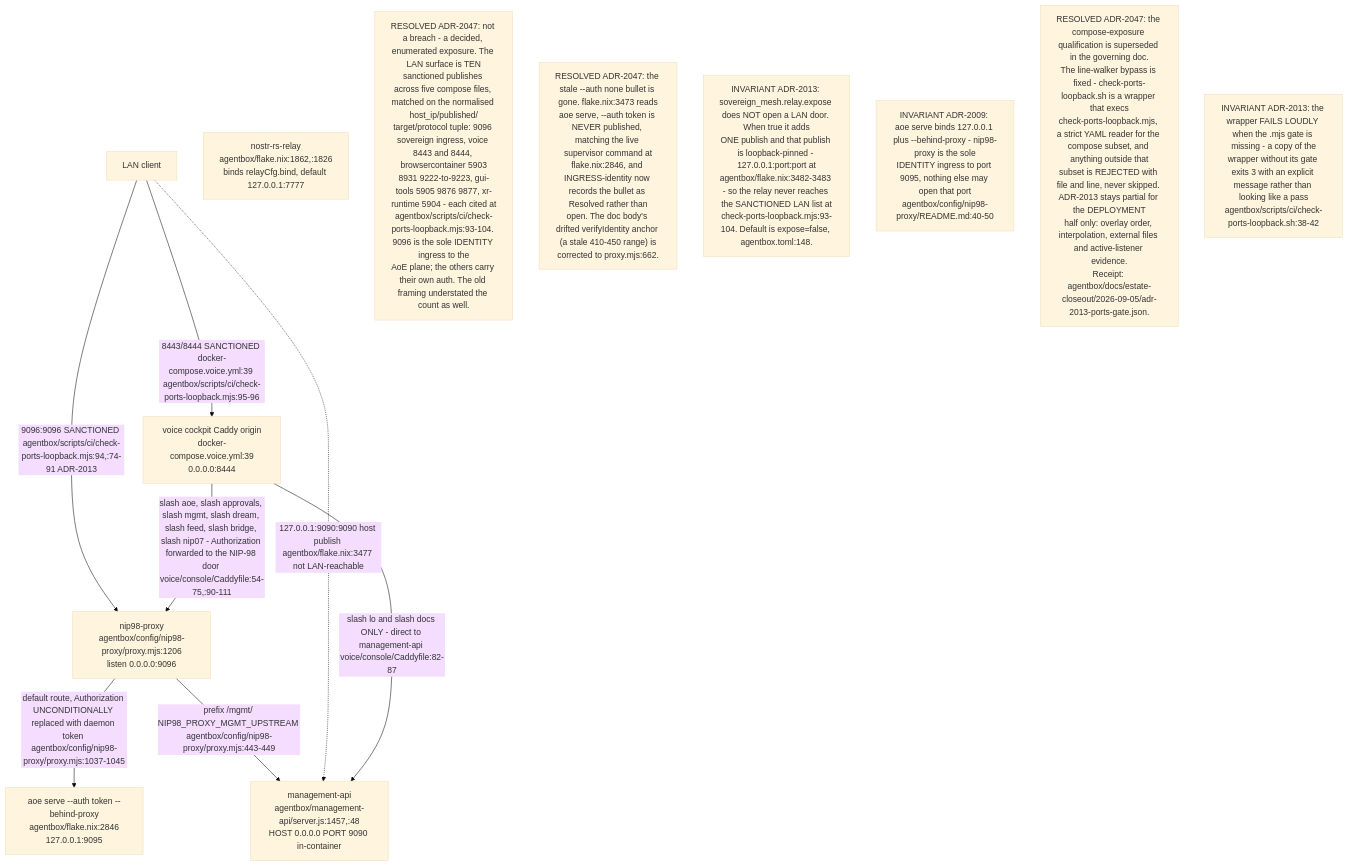
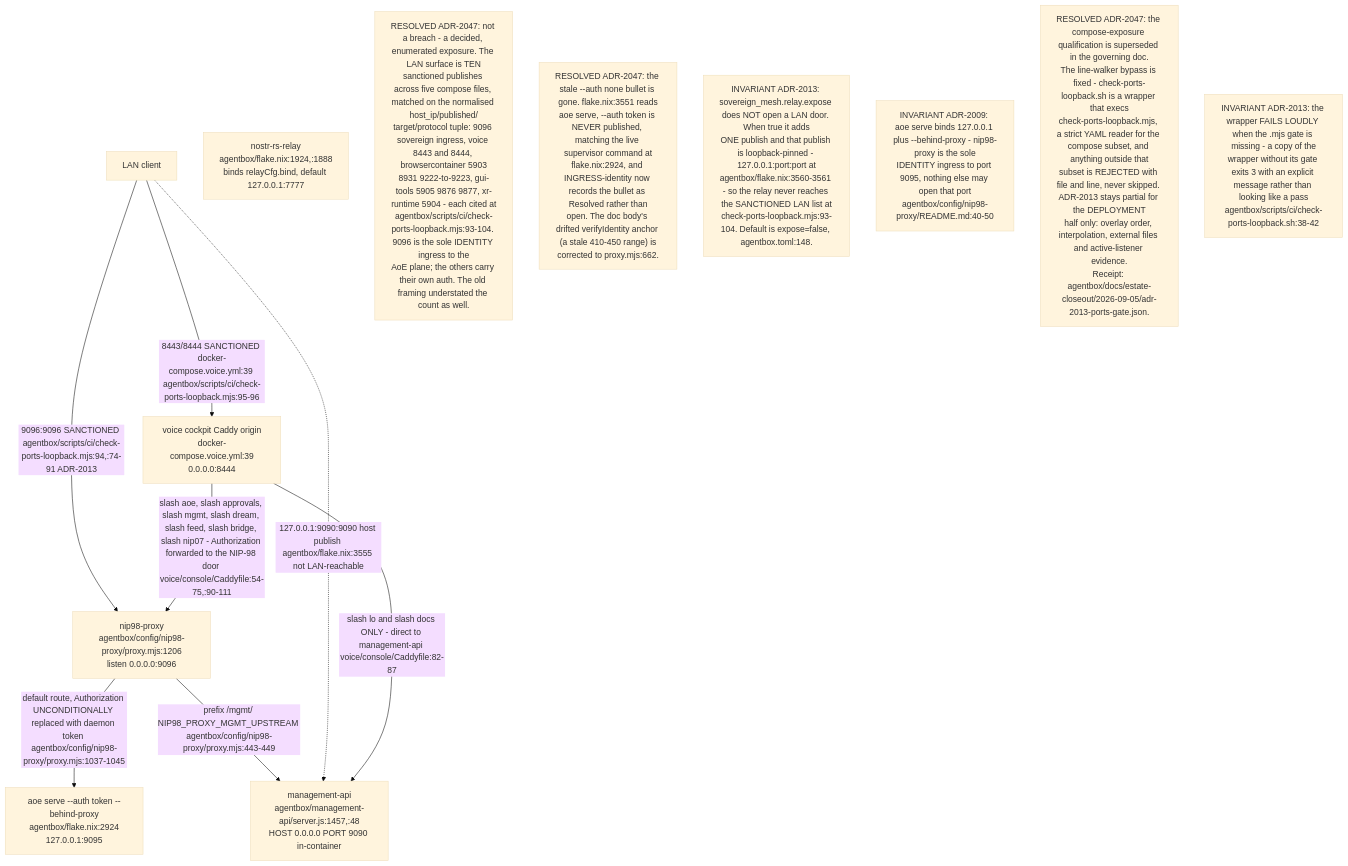
One commit to DreamLab-AI/VisionFlow changed the first of 13 diagrams in docs/diagrams/agentbox/10-ingress-nip98-proxy-and-aoe.md. Above: the diagram before and after it, drawn with Mermaid (base theme). The commit also changed other lines of this file and 160 other files, not shown here.

````diff
--- a/docs/diagrams/agentbox/10-ingress-nip98-proxy-and-aoe.md
+++ b/docs/diagrams/agentbox/10-ingress-nip98-proxy-and-aoe.md
@@ -38,24 +39,24 @@
 ```mermaid
 flowchart TB
     LAN["LAN client"]
     P9096["nip98-proxy<br/>agentbox/config/nip98-proxy/proxy.mjs:1206<br/>listen 0.0.0.0:9096"]
-    AOE9095["aoe serve --auth token --behind-proxy<br/>agentbox/flake.nix:2846<br/>127.0.0.1:9095"]
+    AOE9095["aoe serve --auth token --behind-proxy<br/>agentbox/flake.nix:2924<br/>127.0.0.1:9095"]
     MGMT9090["management-api<br/>agentbox/management-api/server.js:1457,:48<br/>HOST 0.0.0.0 PORT 9090 in-container"]
-    RELAY7777["nostr-rs-relay<br/>agentbox/flake.nix:1862,:1826<br/>binds relayCfg.bind, default 127.0.0.1:7777"]
+    RELAY7777["nostr-rs-relay<br/>agentbox/flake.nix:1924,:1888<br/>binds relayCfg.bind, default 127.0.0.1:7777"]
     VOICE8444["voice cockpit Caddy origin<br/>docker-compose.voice.yml:39<br/>0.0.0.0:8444"]
 
     LAN -->|"9096:9096 SANCTIONED agentbox/scripts/ci/check-ports-loopback.mjs:94,:74-91 ADR-2013"| P9096
     P9096 -->|"default route, Authorization UNCONDITIONALLY replaced with daemon token agentbox/config/nip98-proxy/proxy.mjs:1037-1045"| AOE9095
     P9096 -->|"prefix /mgmt/ NIP98_PROXY_MGMT_UPSTREAM agentbox/config/nip98-proxy/proxy.mjs:443-449"| MGMT9090
-    LAN -.->|"127.0.0.1:9090:9090 host publish agentbox/flake.nix:3477 not LAN-reachable"| MGMT9090
+    LAN -.->|"127.0.0.1:9090:9090 host publish agentbox/flake.nix:3555 not LAN-reachable"| MGMT9090
     LAN -->|"8443/8444 SANCTIONED docker-compose.voice.yml:39 agentbox/scripts/ci/check-ports-loopback.mjs:95-96"| VOICE8444
     VOICE8444 -->|"slash lo and slash docs ONLY - direct to management-api voice/console/Caddyfile:82-87"| MGMT9090
     VOICE8444 -->|"slash aoe, slash approvals, slash mgmt, slash dream, slash feed, slash bridge, slash nip07 - Authorization forwarded to the NIP-98 door voice/console/Caddyfile:54-75,:90-111"| P9096
 
 N1["RESOLVED ADR-2047: not a breach - a decided, enumerated exposure. The LAN surface is TEN<br/>sanctioned publishes across five compose files, matched on the normalised host_ip/published/<br/>target/protocol tuple: 9096 sovereign ingress, voice 8443 and 8444, browsercontainer 5903<br/>8931 9222-to-9223, gui-tools 5905 9876 9877, xr-runtime 5904 - each cited at<br/>agentbox/scripts/ci/check-ports-loopback.mjs:93-104. 9096 is the sole IDENTITY ingress to the<br/>AoE plane; the others carry their own auth. The old framing understated the count as well."]
-N2["RESOLVED ADR-2047: the stale --auth none bullet is gone. flake.nix:3473 reads<br/>aoe serve, --auth token is NEVER published, matching the live supervisor command at<br/>flake.nix:2846, and INGRESS-identity now records the bullet as Resolved rather than<br/>open. The doc body's drifted verifyIdentity anchor (a stale 410-450 range) is<br/>corrected to proxy.mjs:662."]
-N6["INVARIANT ADR-2013: sovereign_mesh.relay.expose does NOT open a LAN door. When true it adds<br/>ONE publish and that publish is loopback-pinned - 127.0.0.1:port:port at<br/>agentbox/flake.nix:3482-3483 - so the relay never reaches the SANCTIONED LAN list at<br/>check-ports-loopback.mjs:93-104. Default is expose=false, agentbox.toml:148."]
+N2["RESOLVED ADR-2047: the stale --auth none bullet is gone. flake.nix:3551 reads<br/>aoe serve, --auth token is NEVER published, matching the live supervisor command at<br/>flake.nix:2924, and INGRESS-identity now records the bullet as Resolved rather than<br/>open. The doc body's drifted verifyIdentity anchor (a stale 410-450 range) is<br/>corrected to proxy.mjs:662."]
+N6["INVARIANT ADR-2013: sovereign_mesh.relay.expose does NOT open a LAN door. When true it adds<br/>ONE publish and that publish is loopback-pinned - 127.0.0.1:port:port at<br/>agentbox/flake.nix:3560-3561 - so the relay never reaches the SANCTIONED LAN list at<br/>check-ports-loopback.mjs:93-104. Default is expose=false, agentbox.toml:148."]
 N3["INVARIANT ADR-2009: aoe serve binds 127.0.0.1 plus --behind-proxy - nip98-proxy is the sole<br/>IDENTITY ingress to port 9095, nothing else may open that port<br/>agentbox/config/nip98-proxy/README.md:40-50"]
 N4["RESOLVED ADR-2047: the compose-exposure qualification is superseded in the governing doc.<br/>The line-walker bypass is fixed - check-ports-loopback.sh is a wrapper that execs<br/>check-ports-loopback.mjs, a strict YAML reader for the compose subset, and anything outside that<br/>subset is REJECTED with file and line, never skipped. ADR-2013 stays partial for the DEPLOYMENT<br/>half only: overlay order, interpolation, external files and active-listener evidence.<br/>Receipt: agentbox/docs/estate-closeout/2026-09-05/adr-2013-ports-gate.json."]
 N5["INVARIANT ADR-2013: the wrapper FAILS LOUDLY when the .mjs gate is missing - a copy of the<br/>wrapper without its gate exits 3 with an explicit message rather than looking like a pass<br/>agentbox/scripts/ci/check-ports-loopback.sh:38-42"]
 ```
````
